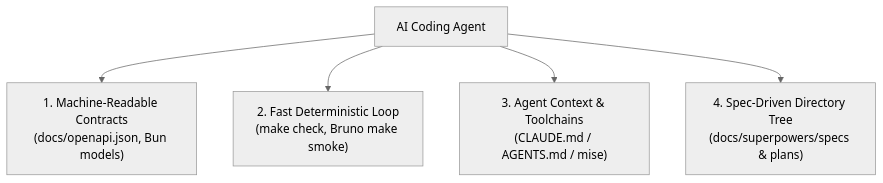
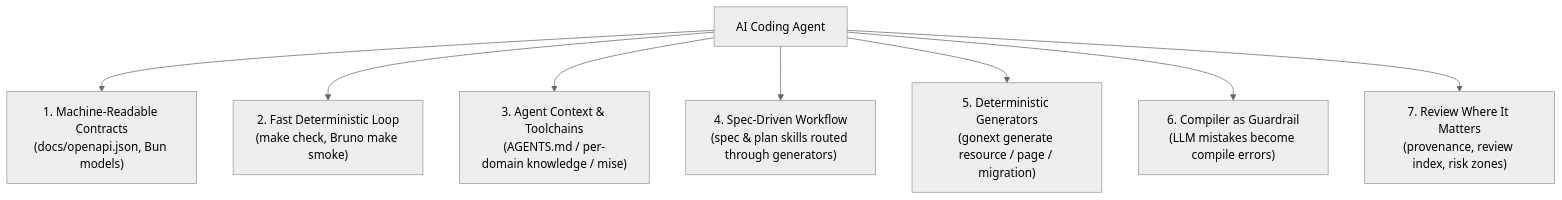
One commit to dennys-bd/gonext changed the third of 3 diagrams in README.md. Above: the diagram before and after it, drawn with Mermaid (neutral theme). The commit also changed other lines of this file, not shown here.

````diff
--- a/README.md
+++ b/README.md
@@ -206,7 +221,10 @@
 ```mermaid
 flowchart TD
     Agent["AI Coding Agent"] --> Contract["1. Machine-Readable Contracts<br/>(docs/openapi.json, Bun models)"]
     Agent --> Verification["2. Fast Deterministic Loop<br/>(make check, Bruno make smoke)"]
-    Agent --> Guardrails["3. Agent Context & Toolchains<br/>(CLAUDE.md / AGENTS.md / mise)"]
-    Agent --> Specs["4. Spec-Driven Directory Tree<br/>(docs/superpowers/specs & plans)"]
+    Agent --> Guardrails["3. Agent Context & Toolchains<br/>(AGENTS.md / per-domain knowledge / mise)"]
+    Agent --> Specs["4. Spec-Driven Workflow<br/>(spec & plan skills routed through generators)"]
+    Agent --> Generators["5. Deterministic Generators<br/>(gonext generate resource / page / migration)"]
+    Agent --> Compiler["6. Compiler as Guardrail<br/>(LLM mistakes become compile errors)"]
+    Agent --> Review["7. Review Where It Matters<br/>(provenance, review index, risk zones)"]
 ```
````
